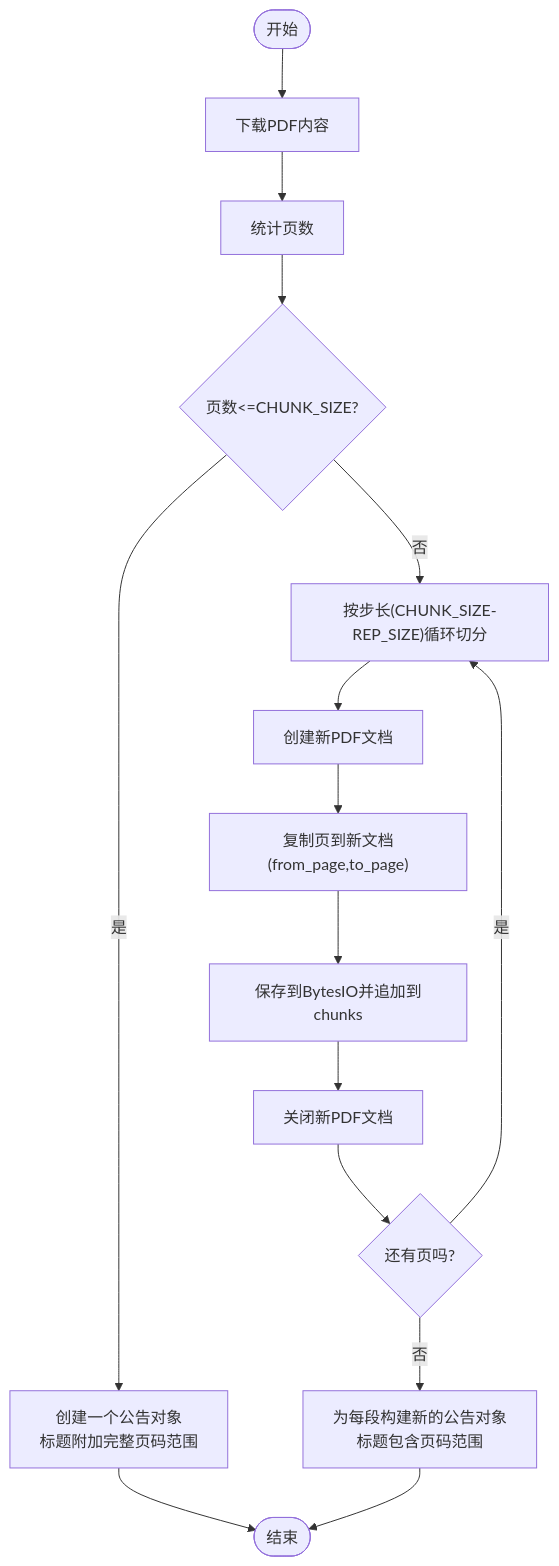
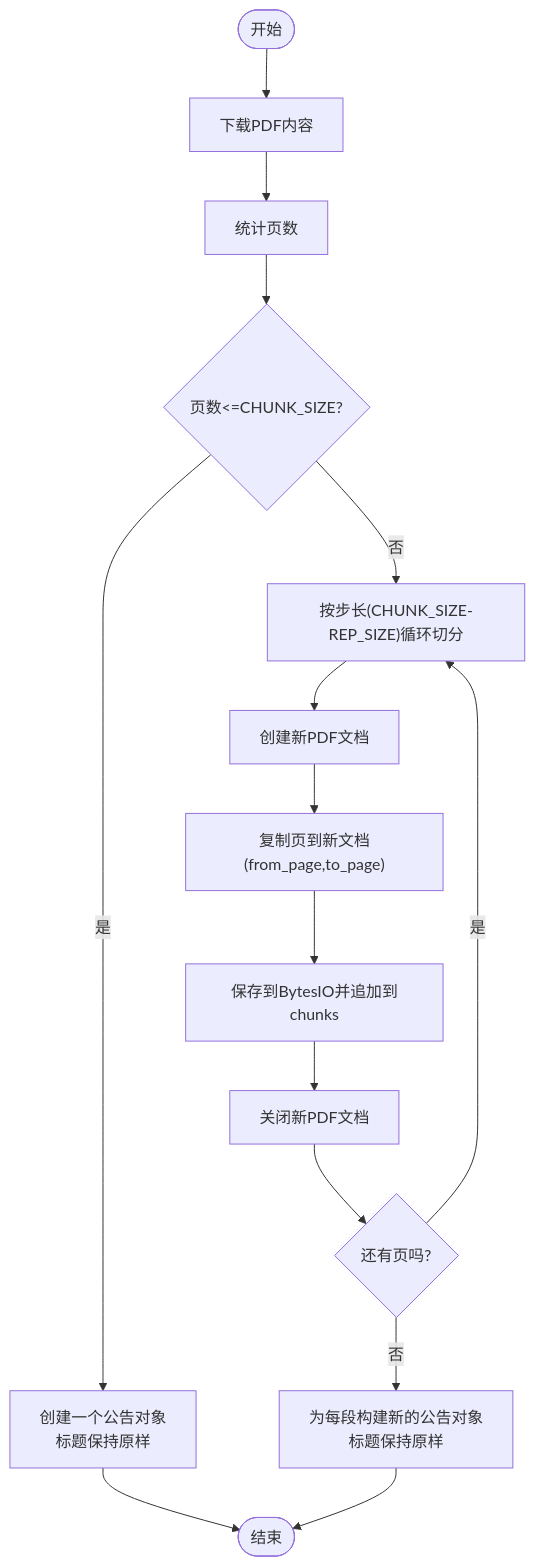
Before and after one commit to iverwong/DataLife: the fourth of 6 diagrams in .qoder/repowiki/zh/content/核心模块详解/公告数据处理模块/文件处理策略.md, drawn with Mermaid. The commit also changed other lines of this file and 14 other files, not shown here.

````diff
--- a/.qoder/repowiki/zh/content/核心模块详解/公告数据处理模块/文件处理策略.md
+++ b/.qoder/repowiki/zh/content/核心模块详解/公告数据处理模块/文件处理策略.md
@@ -161,17 +171,17 @@
 ```mermaid
 flowchart TD
 S(["开始"]) --> Download["下载PDF内容"]
 Download --> Count["统计页数"]
 Count --> Judge{"页数<=CHUNK_SIZE?"}
-Judge --> |是| OnePart["创建一个公告对象<br/>标题附加完整页码范围"]
+Judge --> |是| OnePart["创建一个公告对象<br/>标题保持原样"]
 Judge --> |否| Loop["按步长(CHUNK_SIZE-REP_SIZE)循环切分"]
 Loop --> MakeDoc["创建新PDF文档"]
 MakeDoc --> CopyPages["复制页到新文档(from_page,to_page)"]
 CopyPages --> Save["保存到BytesIO并追加到chunks"]
 Save --> CloseNew["关闭新PDF文档"]
 CloseNew --> NextIter{"还有页吗?"}
 NextIter --> |是| Loop
-NextIter --> |否| BuildAnn["为每段构建新的公告对象<br/>标题包含页码范围"]
+NextIter --> |否| BuildAnn["为每段构建新的公告对象<br/>标题保持原样"]
 OnePart --> End(["结束"])
 BuildAnn --> End
 ```
````
